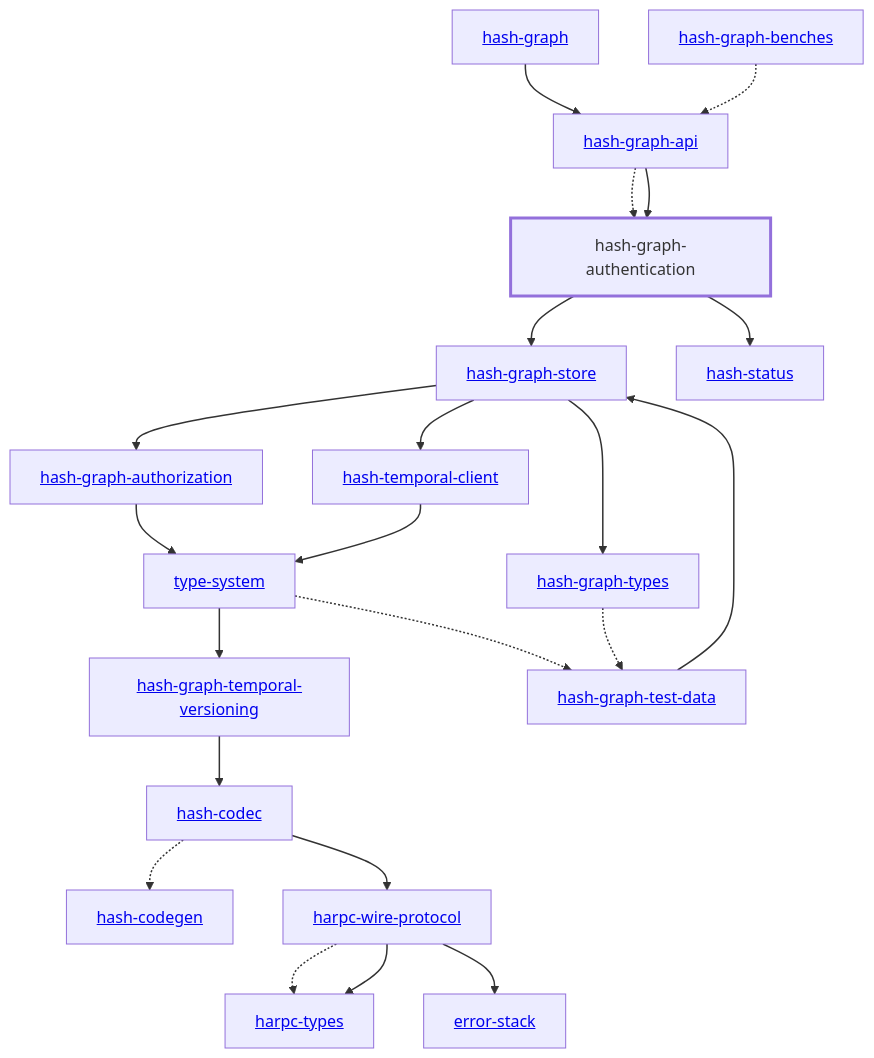
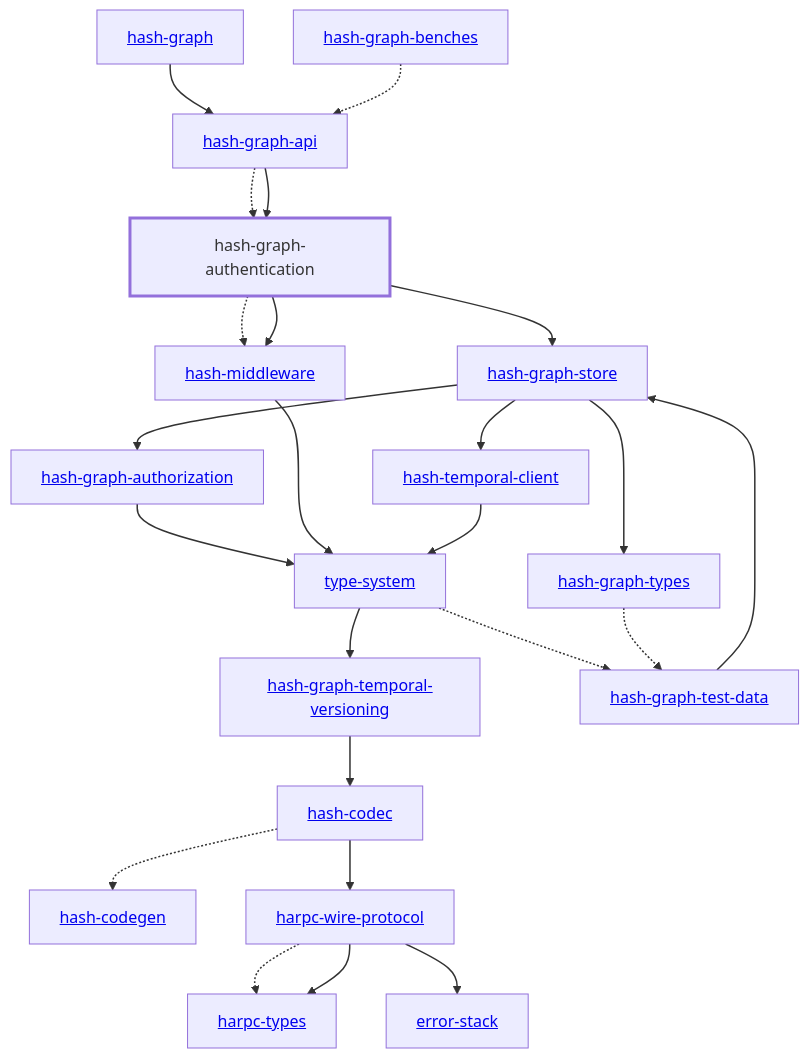
Before and after one commit to hashintel/hash: the diagram in libs/@local/graph/authentication/docs/dependency-diagram.mmd, drawn with Mermaid. The commit also changed 51 other files, not shown here.

Commit message:
BE-808: Move the HTTP middleware into hash-middleware

```diff
--- a/libs/@local/graph/authentication/docs/dependency-diagram.mmd
+++ b/libs/@local/graph/authentication/docs/dependency-diagram.mmd
@@ -1,49 +1,51 @@
 graph TD
     linkStyle default stroke-width:1.5px
     classDef default stroke-width:1px
     classDef root stroke-width:3px
     classDef dev stroke-width:1px
     classDef build stroke-width:1px
     %% Legend
     %% --> : Normal dependency
     %% -.-> : Dev dependency
     %% ---> : Build dependency
     0[<a href="../hash_graph/index.html">hash-graph</a>]
     1[<a href="../type_system/index.html">type-system</a>]
     2[<a href="../hash_codec/index.html">hash-codec</a>]
     3[<a href="../hash_codegen/index.html">hash-codegen</a>]
     4[<a href="../hash_graph_api/index.html">hash-graph-api</a>]
     5[hash-graph-authentication]
     class 5 root
     6[<a href="../hash_graph_authorization/index.html">hash-graph-authorization</a>]
     7[<a href="../hash_graph_store/index.html">hash-graph-store</a>]
     8[<a href="../hash_graph_temporal_versioning/index.html">hash-graph-temporal-versioning</a>]
     9[<a href="../hash_graph_types/index.html">hash-graph-types</a>]
     10[<a href="../harpc_types/index.html">harpc-types</a>]
     11[<a href="../harpc_wire_protocol/index.html">harpc-wire-protocol</a>]
-    12[<a href="../hash_status/index.html">hash-status</a>]
+    12[<a href="../hash_middleware/index.html">hash-middleware</a>]
     13[<a href="../hash_temporal_client/index.html">hash-temporal-client</a>]
     14[<a href="../error_stack/index.html">error-stack</a>]
     15[<a href="../hash_graph_benches/index.html">hash-graph-benches</a>]
     16[<a href="../hash_graph_test_data/index.html">hash-graph-test-data</a>]
     0 --> 4
     1 --> 8
     1 -.-> 16
     2 -.-> 3
     2 --> 11
     4 -.-> 5
     4 --> 5
     5 --> 7
+    5 -.-> 12
     5 --> 12
     6 --> 1
     7 --> 6
     7 --> 9
     7 --> 13
     8 --> 2
     9 -.-> 16
     11 -.-> 10
     11 --> 10
     11 --> 14
+    12 --> 1
     13 --> 1
     15 -.-> 4
     16 --> 7
```
